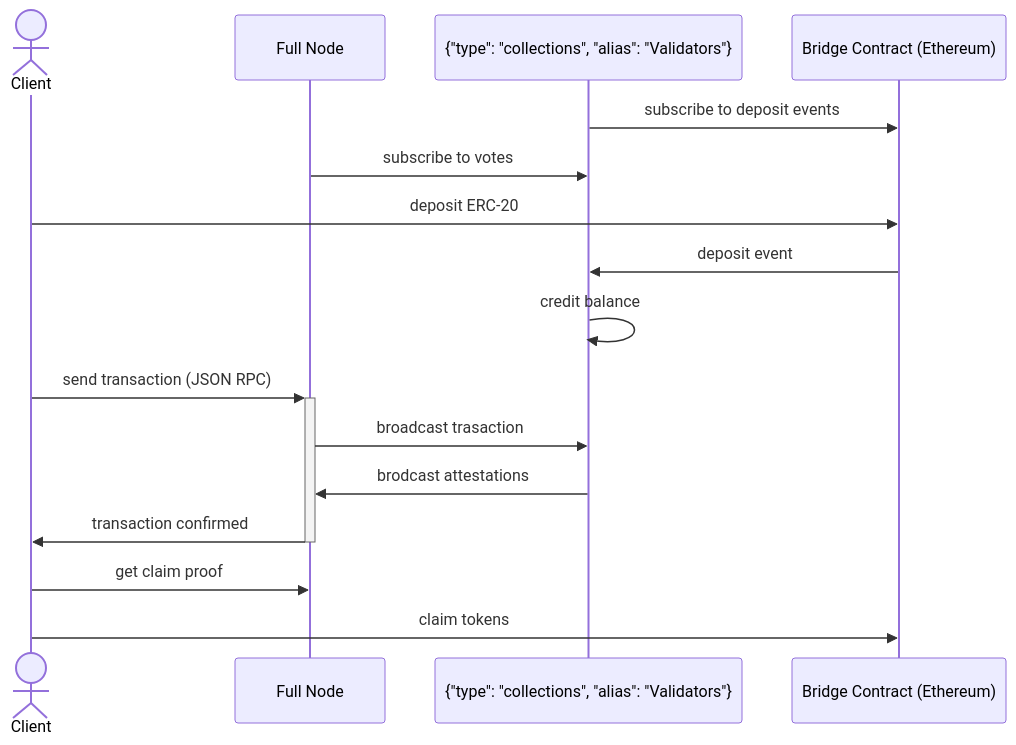
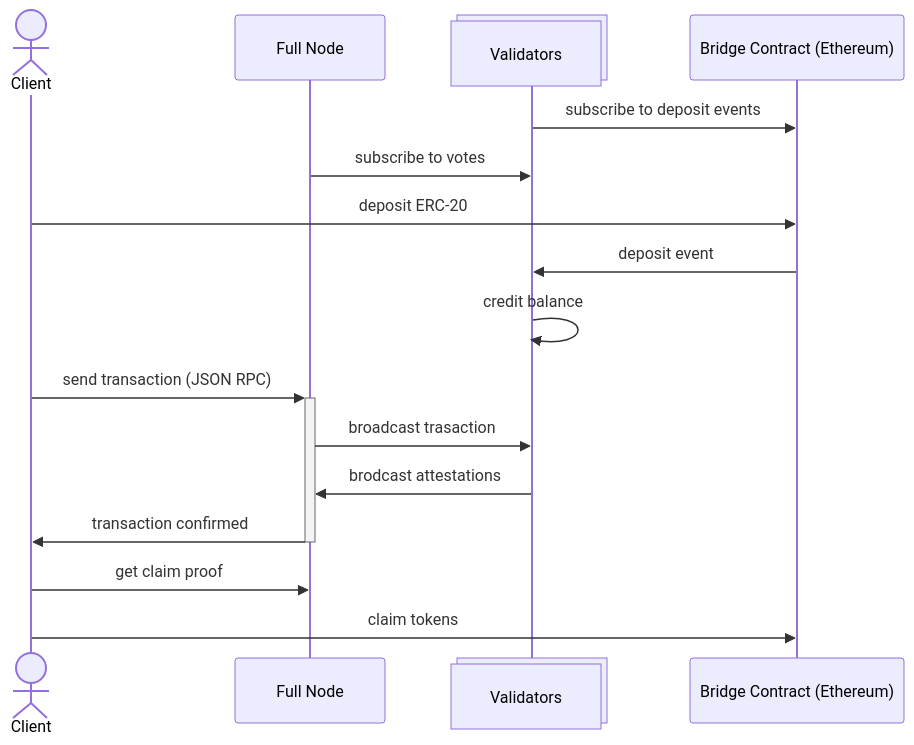
Before and after one commit to podnetwork/pod-sdk: the diagram in doc/protocol/network-architecture/README.md, drawn with Mermaid. The commit also changed 1 other file, not shown here.

Commit message:
docs: rename Network to Core, fix validators diagram

````diff
--- a/doc/protocol/network-architecture/README.md
+++ b/doc/protocol/network-architecture/README.md
@@ -5,24 +5,24 @@
 ```mermaid
 sequenceDiagram
     actor C as Client
     participant F as Full Node
-    participant V as {"type": "collections", "alias": "Validators"}
+    participant V@{ type: "collections", alias: "Validators" }
     participant B as Bridge Contract (Ethereum)
 
     V->>B: subscribe to deposit events
     F->>V: subscribe to votes
 
     C->>B: deposit ERC-20
     B->>V: deposit event
     V->>V: credit balance
 
     C->>+F: send transaction (JSON RPC)
     F->>V: broadcast trasaction
     V->>F: brodcast attestations
     F->>-C: transaction confirmed
 
     
 
     C->>F: get claim proof
     C->>B: claim tokens
 ```
````
